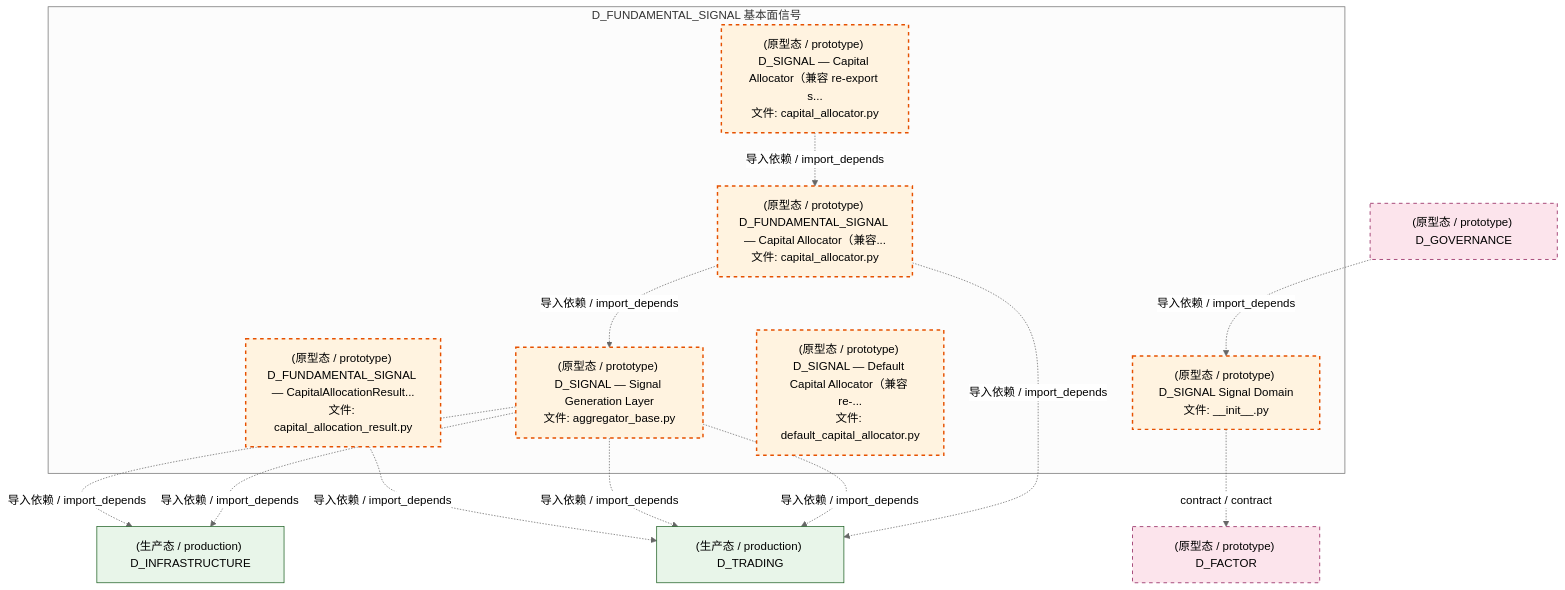
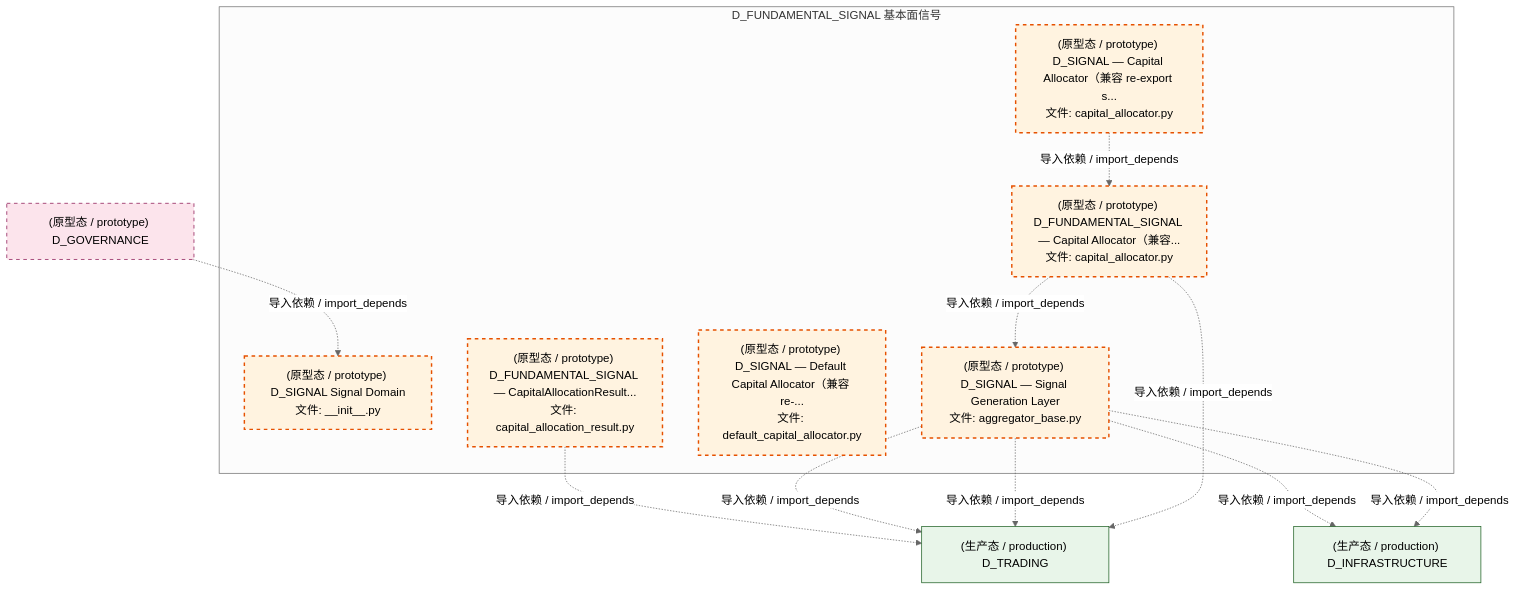
One commit to xuanFelixVan/ZephyrAlpha changed the third of 4 diagrams in docs/02_enterprise_architecture/02_domain_architecture_docs/37_d_fundamental_signal.md. Above: the diagram before and after it, drawn with Mermaid (neutral theme). The commit also changed other lines of this file and 88 other files, not shown here.

````diff
--- a/docs/02_enterprise_architecture/02_domain_architecture_docs/37_d_fundamental_signal.md
+++ b/docs/02_enterprise_architecture/02_domain_architecture_docs/37_d_fundamental_signal.md
@@ -171,32 +171,30 @@
 ```mermaid
 graph TD
     subgraph D_FUNDAMENTAL_SIGNAL["D_FUNDAMENTAL_SIGNAL 基本面信号"]
         src_zephyr_signal_fundamental_init_py["(原型态 / prototype) D_SIGNAL Signal Domain<br/>文件: __init__.py"]
         src_zephyr_signal_fundamental_capital_capital_allocation_result_py["(原型态 / prototype) D_FUNDAMENTAL_SIGNAL — CapitalAllocationResult...<br/>文件: capital_allocation_result.py"]
         src_zephyr_signal_fundamental_capital_capital_allocator_py["(原型态 / prototype) D_SIGNAL — Capital Allocator（兼容 re-export s...<br/>文件: capital_allocator.py"]
         src_zephyr_signal_fundamental_capital_default_capital_allocator_py["(原型态 / prototype) D_SIGNAL — Default Capital Allocator（兼容 re-...<br/>文件: default_capital_allocator.py"]
         src_zephyr_signal_fundamental_gen_aggregator_base_py["(原型态 / prototype) D_SIGNAL — Signal Generation Layer<br/>文件: aggregator_base.py"]
         src_zephyr_signal_fundamental_strategy_capital_allocator_py["(原型态 / prototype) D_FUNDAMENTAL_SIGNAL — Capital Allocator（兼容...<br/>文件: capital_allocator.py"]
     end
     src_zephyr_signal_fundamental_capital_capital_allocator_py -.->|导入依赖 / import_depends| src_zephyr_signal_fundamental_strategy_capital_allocator_py
     src_zephyr_signal_fundamental_strategy_capital_allocator_py -.->|导入依赖 / import_depends| src_zephyr_signal_fundamental_gen_aggregator_base_py
-    D_FACTOR["(原型态 / prototype) D_FACTOR"]
-    src_zephyr_signal_fundamental_init_py -.->|contract / contract| D_FACTOR
     D_TRADING["(生产态 / production) D_TRADING"]
     src_zephyr_signal_fundamental_capital_capital_allocation_result_py -.->|导入依赖 / import_depends| D_TRADING
+    src_zephyr_signal_fundamental_gen_aggregator_base_py -.->|导入依赖 / import_depends| D_TRADING
+    src_zephyr_signal_fundamental_gen_aggregator_base_py -.->|导入依赖 / import_depends| D_TRADING
     D_INFRASTRUCTURE["(生产态 / production) D_INFRASTRUCTURE"]
     src_zephyr_signal_fundamental_gen_aggregator_base_py -.->|导入依赖 / import_depends| D_INFRASTRUCTURE
-    src_zephyr_signal_fundamental_gen_aggregator_base_py -.->|导入依赖 / import_depends| D_TRADING
-    src_zephyr_signal_fundamental_gen_aggregator_base_py -.->|导入依赖 / import_depends| D_TRADING
     src_zephyr_signal_fundamental_gen_aggregator_base_py -.->|导入依赖 / import_depends| D_INFRASTRUCTURE
     src_zephyr_signal_fundamental_strategy_capital_allocator_py -.->|导入依赖 / import_depends| D_TRADING
     D_GOVERNANCE["(原型态 / prototype) D_GOVERNANCE"]
     D_GOVERNANCE -.->|导入依赖 / import_depends| src_zephyr_signal_fundamental_init_py
     classDef production fill:#e1f5fe,stroke:#01579b,stroke-width:2px,color:#000
     classDef design fill:#fff3e0,stroke:#e65100,stroke-width:2px,color:#000,stroke-dasharray: 5 5
     classDef external_prod fill:#e8f5e9,stroke:#1b5e20,stroke-width:1px,color:#000
     classDef external_design fill:#fce4ec,stroke:#880e4f,stroke-width:1px,color:#000,stroke-dasharray: 5 5
     class src_zephyr_signal_fundamental_init_py,src_zephyr_signal_fundamental_capital_capital_allocation_result_py,src_zephyr_signal_fundamental_capital_capital_allocator_py,src_zephyr_signal_fundamental_capital_default_capital_allocator_py,src_zephyr_signal_fundamental_gen_aggregator_base_py,src_zephyr_signal_fundamental_strategy_capital_allocator_py design
     class D_TRADING,D_INFRASTRUCTURE external_prod
-    class D_FACTOR,D_GOVERNANCE external_design
+    class D_GOVERNANCE external_design
 ```
````
